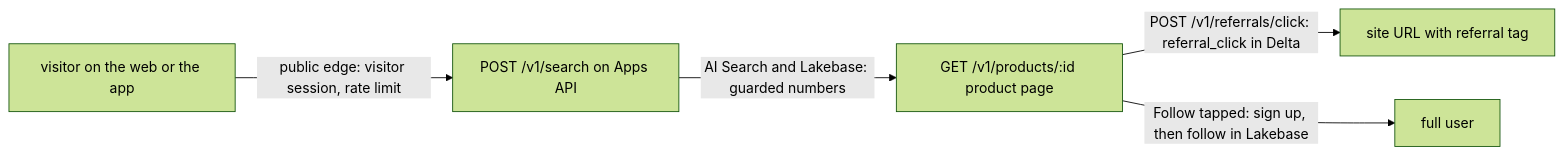
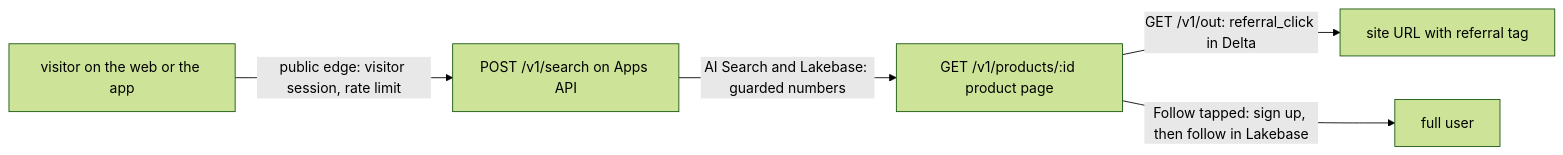
One commit to benverhaalen/secondhand changed diagram 12 of 12 in spec/product.md. Above: the diagram before and after it, drawn with Mermaid (forest theme). The commit also changed other lines of this file and 1 other file, not shown here.

````diff
--- a/spec/product.md
+++ b/spec/product.md
@@ -730,7 +802,7 @@
 ```mermaid
 flowchart LR
   U["visitor on the web or the app"] -->|"public edge: visitor session, rate limit"| Q["POST /v1/search on Apps API"]
   Q -->|"AI Search and Lakebase: guarded numbers"| P["GET /v1/products/:id product page"]
-  P -->|"POST /v1/referrals/click: referral_click in Delta"| L["site URL with referral tag"]
+  P -->|"GET /v1/out: referral_click in Delta"| L["site URL with referral tag"]
   P -->|"Follow tapped: sign up, then follow in Lakebase"| F["full user"]
 ```
````
